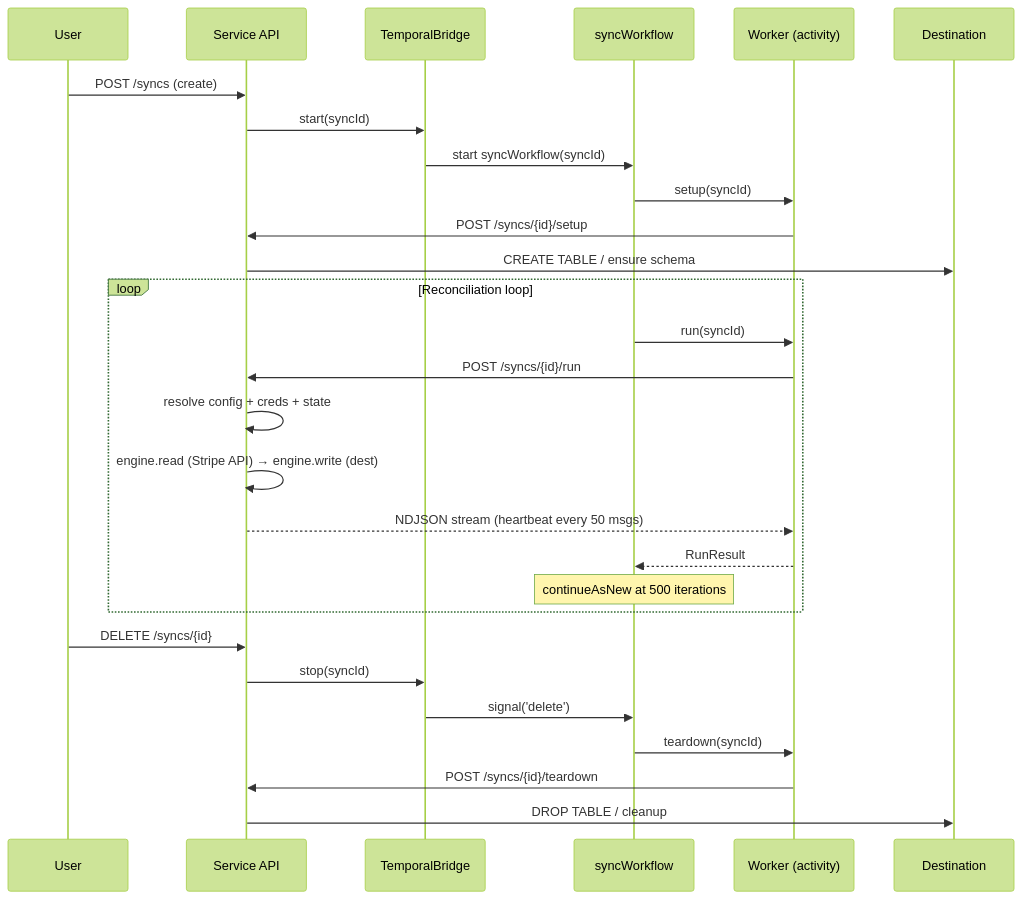
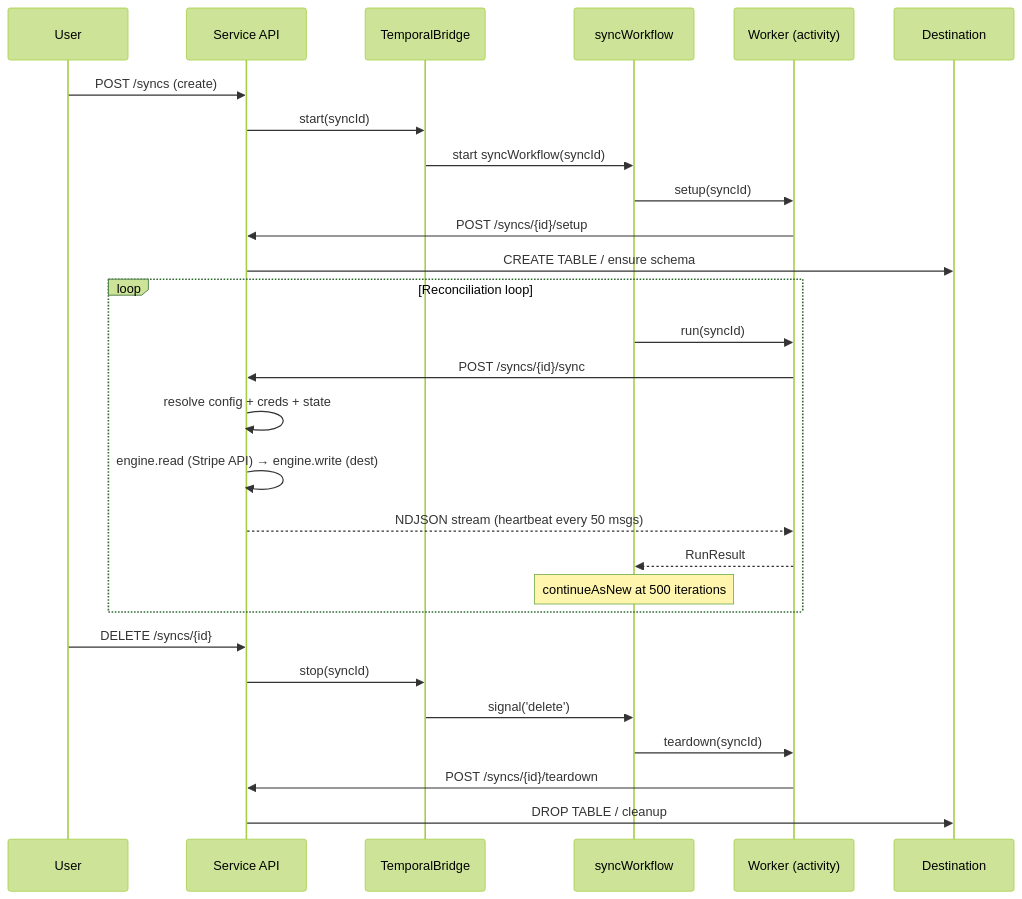
One commit to supabase/stripe-sync-engine changed the third of 4 diagrams in docs/pages/service/temporal.md. Above: the diagram before and after it, drawn with Mermaid (forest theme). The commit also changed other lines of this file and 4 other files, not shown here.

First line of the commit message:
Rename /syncs/{id}/run → /syncs/{id}/sync

````diff
--- a/docs/pages/service/temporal.md
+++ b/docs/pages/service/temporal.md
@@ -103,35 +103,35 @@
 ```mermaid
 sequenceDiagram
     participant User
     participant Service as Service API
     participant Bridge as TemporalBridge
     participant Workflow as syncWorkflow
     participant Worker as Worker (activity)
     participant Dest as Destination
 
     User->>Service: POST /syncs (create)
     Service->>Bridge: start(syncId)
     Bridge->>Workflow: start syncWorkflow(syncId)
 
     Workflow->>Worker: setup(syncId)
     Worker->>Service: POST /syncs/{id}/setup
     Service->>Dest: CREATE TABLE / ensure schema
 
     loop Reconciliation loop
         Workflow->>Worker: run(syncId)
-        Worker->>Service: POST /syncs/{id}/run
+        Worker->>Service: POST /syncs/{id}/sync
         Service->>Service: resolve config + creds + state
         Service->>Service: engine.read (Stripe API) → engine.write (dest)
         Service-->>Worker: NDJSON stream (heartbeat every 50 msgs)
         Worker-->>Workflow: RunResult
         Note over Workflow: continueAsNew at 500 iterations
     end
 
     User->>Service: DELETE /syncs/{id}
     Service->>Bridge: stop(syncId)
     Bridge->>Workflow: signal('delete')
 
     Workflow->>Worker: teardown(syncId)
     Worker->>Service: POST /syncs/{id}/teardown
     Service->>Dest: DROP TABLE / cleanup
 ```
````
